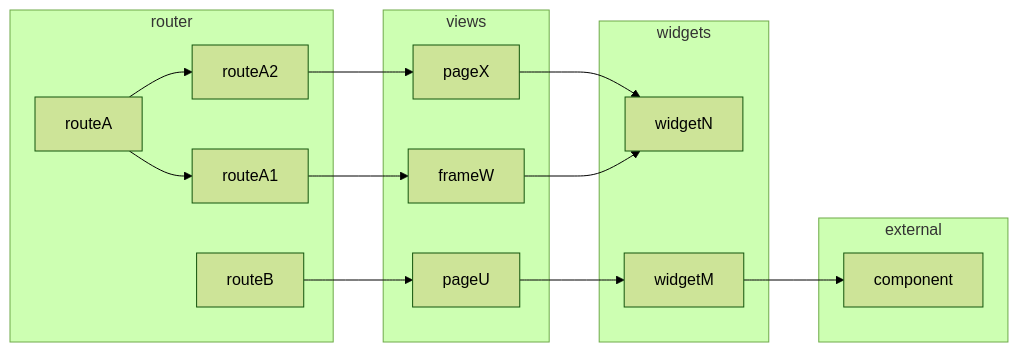
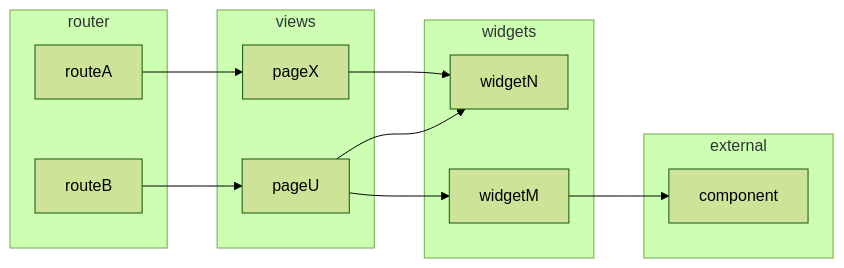
Before and after one commit to joaomelo/calystone: the second of 2 diagrams in DEVELOPMENT.md, drawn with Mermaid (forest theme). The commit also changed other lines of this file and 16 other files, not shown here.

````diff
--- a/DEVELOPMENT.md
+++ b/DEVELOPMENT.md
@@ -33,28 +33,25 @@
 ```mermaid
 graph LR;
   subgraph router
-    routeA --> routeA1;
-    routeA --> routeA2;
+    routeA;
     routeB
   end
   subgraph views
-    frameW;
     pageX;
     pageU;
   end
   subgraph widgets
     widgetN
     widgetM
   end
   subgraph external
     component
   end
 
-  routeA1 --> frameW;
-  routeA2 --> pageX;
+  routeA --> pageX;
   routeB --> pageU
   pageX --> widgetN
-  frameW --> widgetN;
   pageU --> widgetM;
+  pageU --> widgetN;
   widgetM --> component
 ```
````
